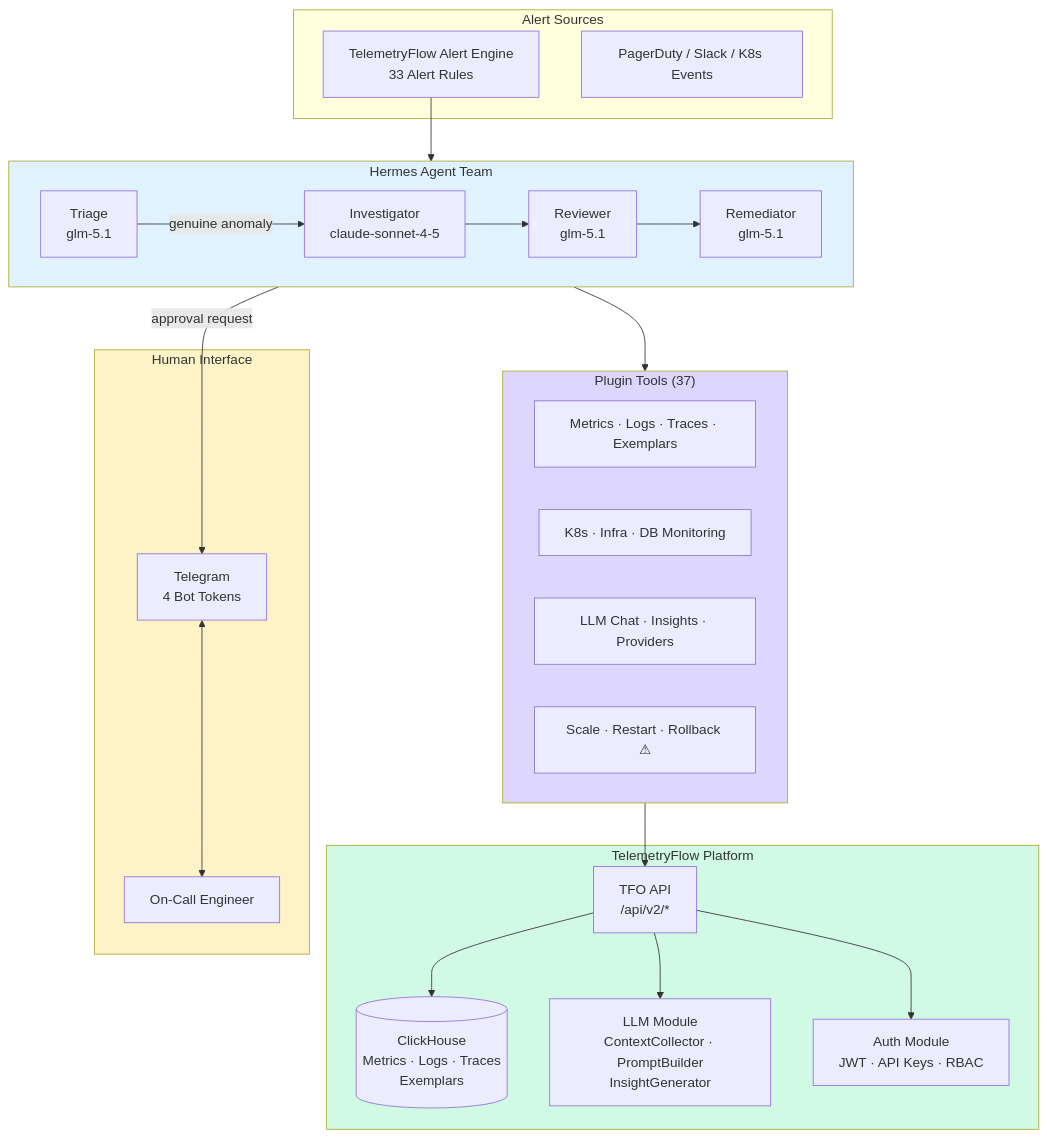
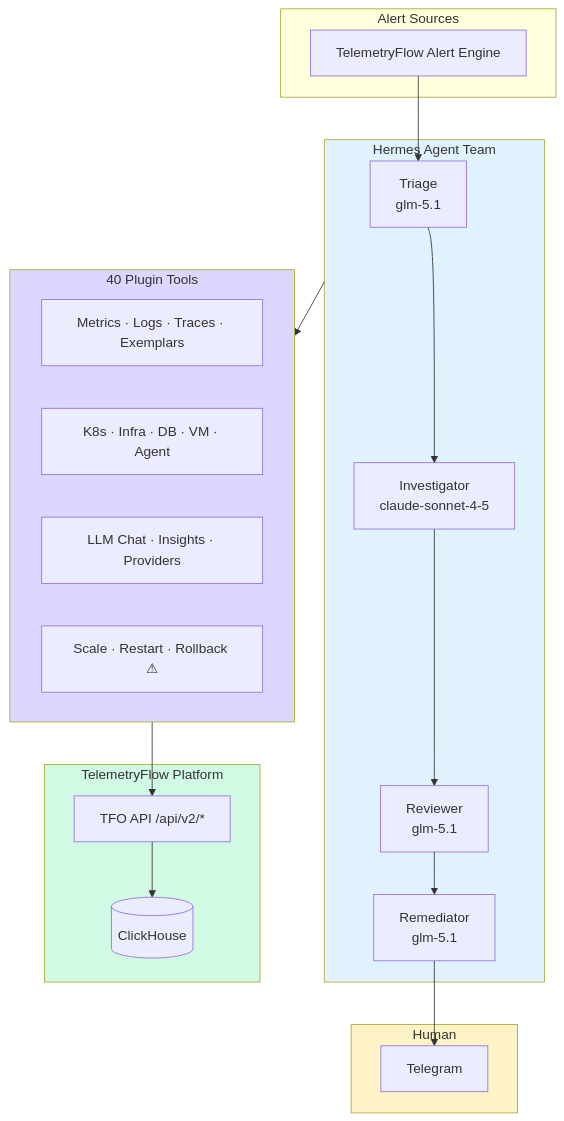
The diagram in README.md (telemetryflow/telemetryflow-hermes), drawn with Mermaid before and after one commit. The commit also changed other lines of this file and 63 other files, not shown here.

````diff
--- a/README.md
+++ b/README.md
@@ -82,53 +164,37 @@
 ```mermaid
 graph TB
     subgraph Alert["Alert Sources"]
-        TF["TelemetryFlow Alert Engine<br/>33 Alert Rules"]
-        PD["PagerDuty / Slack / K8s Events"]
+        TF["TelemetryFlow Alert Engine"]
     end
 
     subgraph Agents["Hermes Agent Team"]
-        direction LR
         T["Triage<br/>glm-5.1"]
         I["Investigator<br/>claude-sonnet-4-5"]
         R["Reviewer<br/>glm-5.1"]
         M["Remediator<br/>glm-5.1"]
     end
 
-    subgraph Tools["Plugin Tools (37)"]
-        direction LR
+    subgraph Tools["40 Plugin Tools"]
         MT["Metrics · Logs · Traces · Exemplars"]
-        K8["K8s · Infra · DB Monitoring"]
+        K8["K8s · Infra · DB · VM · Agent"]
         LM["LLM Chat · Insights · Providers"]
         RM["Scale · Restart · Rollback ⚠"]
     end
 
     subgraph TFO["TelemetryFlow Platform"]
-        API["TFO API<br/>/api/v2/*"]
-        CH[("ClickHouse<br/>Metrics · Logs · Traces<br/>Exemplars")]
-        LLM["LLM Module<br/>ContextCollector · PromptBuilder<br/>InsightGenerator"]
-        AUTH["Auth Module<br/>JWT · API Keys · RBAC"]
+        API["TFO API /api/v2/*"]
+        CH[("ClickHouse")]
     end
 
-    subgraph Human["Human Interface"]
-        TG["Telegram<br/>4 Bot Tokens"]
-        ENG["On-Call Engineer"]
+    subgraph Human["Human"]
+        TG["Telegram"]
     end
 
-    TF --> T
-    T -->|"genuine anomaly"| I
-    I --> R
-    R --> M
-    M -->|"approval request"| TG
-    TG <--> ENG
-
-    Agents --> Tools
-    Tools --> API
-    API --> CH
-    API --> LLM
-    API --> AUTH
+    TF --> T --> I --> R --> M --> TG
+    Agents --> Tools --> API --> CH
 
     style Agents fill:#e0f2fe
     style Tools fill:#ddd6fe
     style TFO fill:#d1fae5
     style Human fill:#fef3c7
 ```
````
